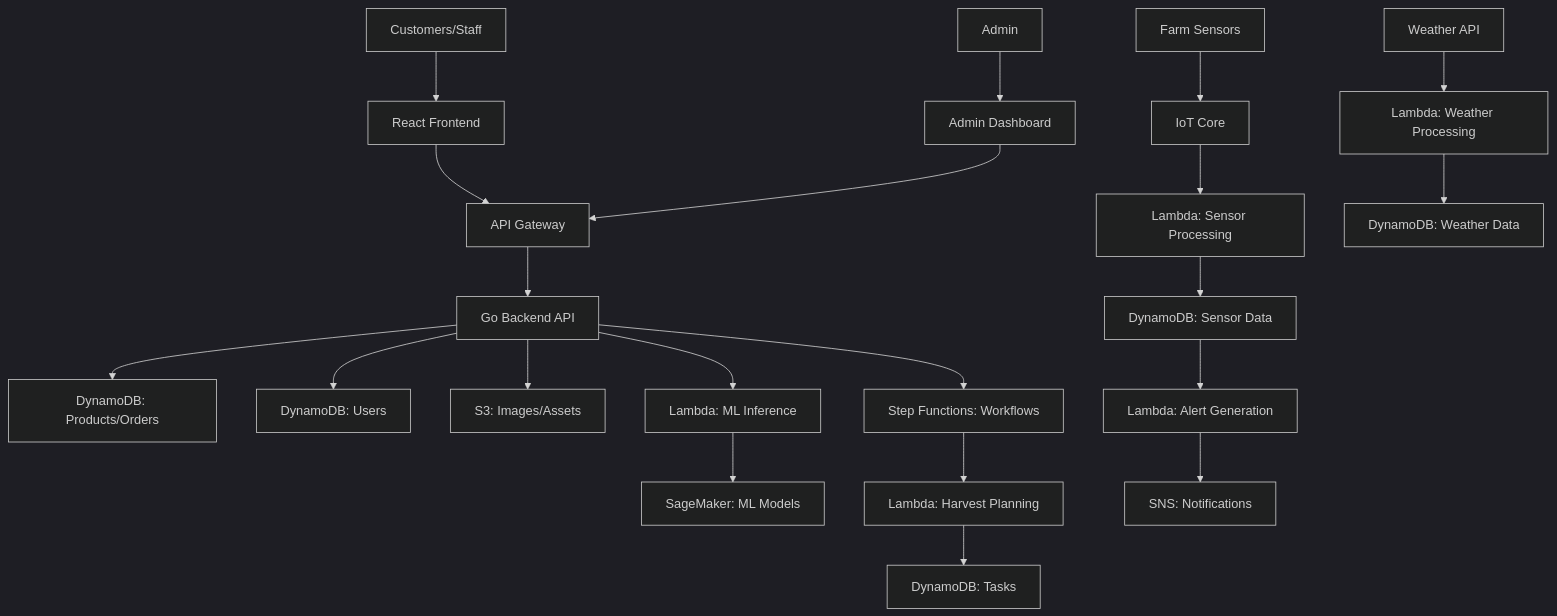
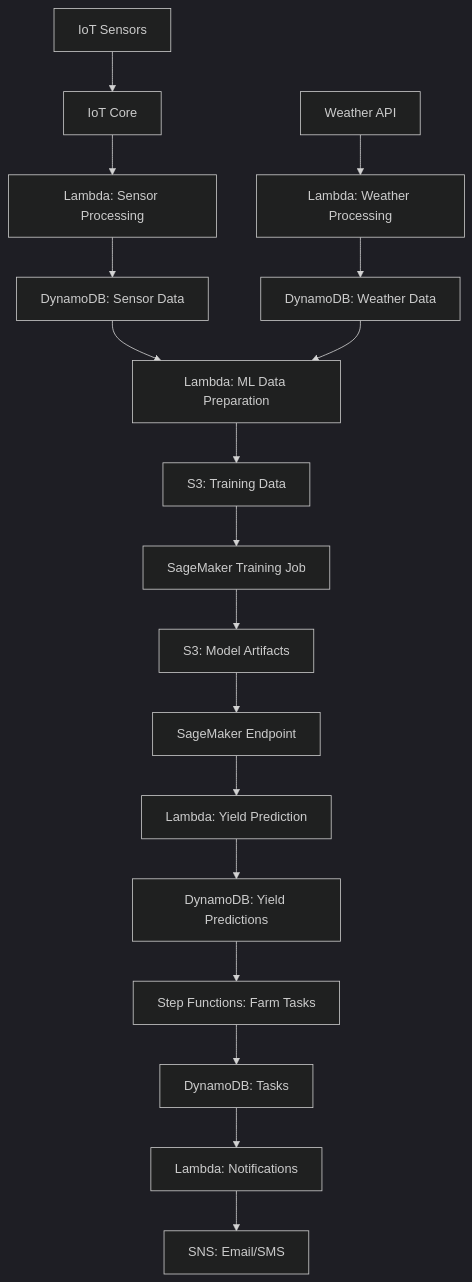
The diagram in project5-orchardhub/README.md (jamesEmerson112/Deepmind-portfolio), drawn with Mermaid (dark theme) before and after one commit. The commit also changed other lines of this file, not shown here.

````diff
--- a/project5-orchardhub/README.md
+++ b/project5-orchardhub/README.md
@@ -101,23 +417,19 @@
 ```mermaid
 graph TD
-    A[Customers/Staff] --> B[React Frontend]
-    B --> C[API Gateway]
-    C --> D[Go Backend API]
-    D --> E[DynamoDB: Products/Orders]
-    D --> F[DynamoDB: Users]
-    D --> G[S3: Images/Assets]
-    D --> H[Lambda: ML Inference]
-    H --> I[SageMaker: ML Models]
-    J[Farm Sensors] --> K[IoT Core]
-    K --> L[Lambda: Sensor Processing]
-    L --> M[DynamoDB: Sensor Data]
-    M --> N[Lambda: Alert Generation]
-    N --> O[SNS: Notifications]
-    D --> P[Step Functions: Workflows]
-    P --> Q[Lambda: Harvest Planning]
-    Q --> R[DynamoDB: Tasks]
-    S[Weather API] --> T[Lambda: Weather Processing]
-    T --> U[DynamoDB: Weather Data]
-    V[Admin] --> W[Admin Dashboard]
-    W --> C
+    A[IoT Sensors] --> B[IoT Core]
+    B --> C[Lambda: Sensor Processing]
+    C --> D[DynamoDB: Sensor Data]
+    E[Weather API] --> F[Lambda: Weather Processing]
+    F --> G[DynamoDB: Weather Data]
+    D & G --> H[Lambda: ML Data Preparation]
+    H --> I[S3: Training Data]
+    I --> J[SageMaker Training Job]
+    J --> K[S3: Model Artifacts]
+    K --> L[SageMaker Endpoint]
+    L --> M[Lambda: Yield Prediction]
+    M --> N[DynamoDB: Yield Predictions]
+    N --> O[Step Functions: Farm Tasks]
+    O --> P[DynamoDB: Tasks]
+    P --> Q[Lambda: Notifications]
+    Q --> R[SNS: Email/SMS]
 ```
````
